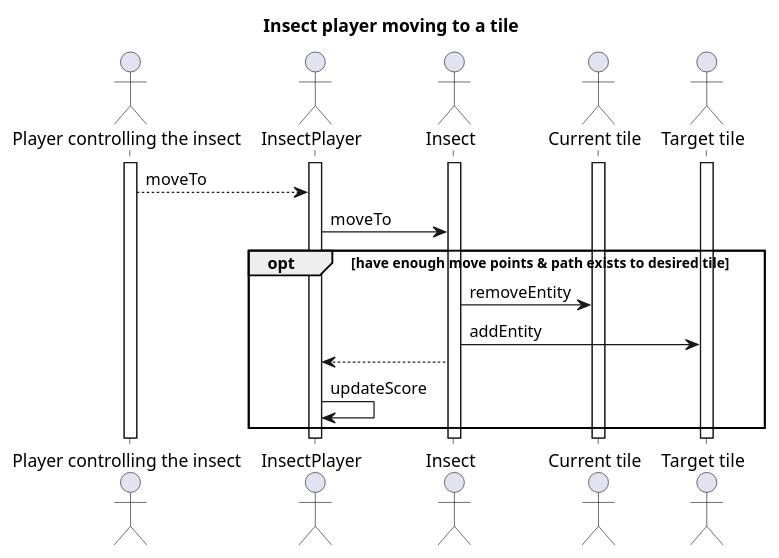
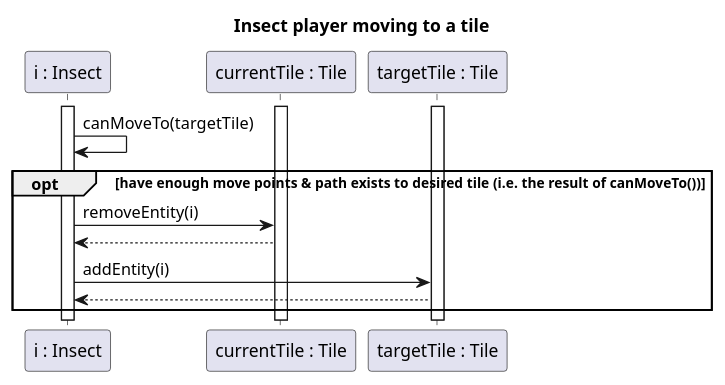
The diagram in diagrams/diagramFiles/SQ_InsectMoving.puml (Harcipan/Projlab_nullpointerexception), drawn with PlantUML before and after one commit. The commit also changed 23 other files, not shown here.

```diff
--- a/diagrams/diagramFiles/SQ_InsectMoving.puml
+++ b/diagrams/diagramFiles/SQ_InsectMoving.puml
@@ -1,30 +1,24 @@
 @startuml Insect moving
 
 title Insect player moving to a tile
 
-actor "Player controlling the insect" as P
-actor "InsectPlayer" as Ip
-actor "Insect" as I
-actor "Current tile" as Tx
-actor "Target tile" as Ty
+participant "i : Insect" as I
+participant "currentTile : Tile" as Tx
+participant "targetTile : Tile" as Ty
 
-activate Ip
-activate P
 activate I
 activate Tx
 activate Ty
 
-P --> Ip : moveTo
-Ip -> I : moveTo
-
 'tell don't ask... 
-opt  have enough move points & path exists to desired tile
-I -> Tx : removeEntity
-I -> Ty : addEntity
-I --> Ip
-Ip -> Ip : updateScore
+I -> I : canMoveTo(targetTile)
+opt  have enough move points & path exists to desired tile (i.e. the result of canMoveTo())
+I -> Tx : removeEntity(i)
+Tx --> I
+I -> Ty : addEntity(i)
+Ty --> I
 end
 
 
 
 @enduml
```
